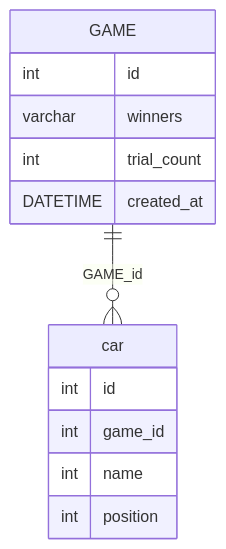
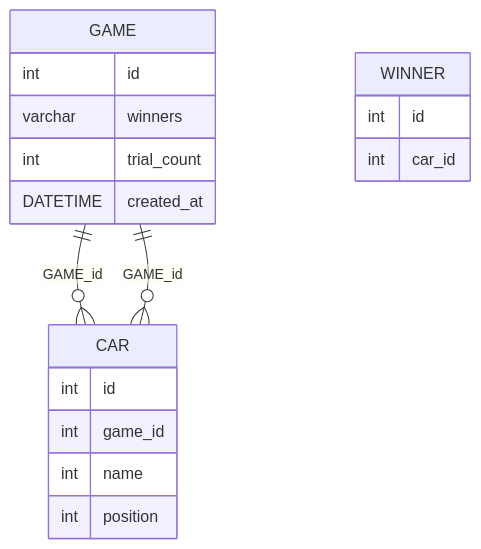
Before and after one commit to woowacourse/jwp-racingcar: the diagram in README.md, drawn with Mermaid. The commit also changed other lines of this file, not shown here.

````diff
--- a/README.md
+++ b/README.md
@@ -57,16 +67,21 @@
 ```mermaid
 erDiagram
-    GAME ||--o{ car: GAME_id
+    GAME ||--o{ CAR: GAME_id
+    GAME ||--o{ CAR: GAME_id
     GAME {
         int id
         varchar winners
         int trial_count
         DATETIME created_at
     }
-    car {
+    CAR {
         int id
         int game_id
         int name
         int position
     }
+    WINNER {
+        int id
+        int car_id
+    }
 ```
````
